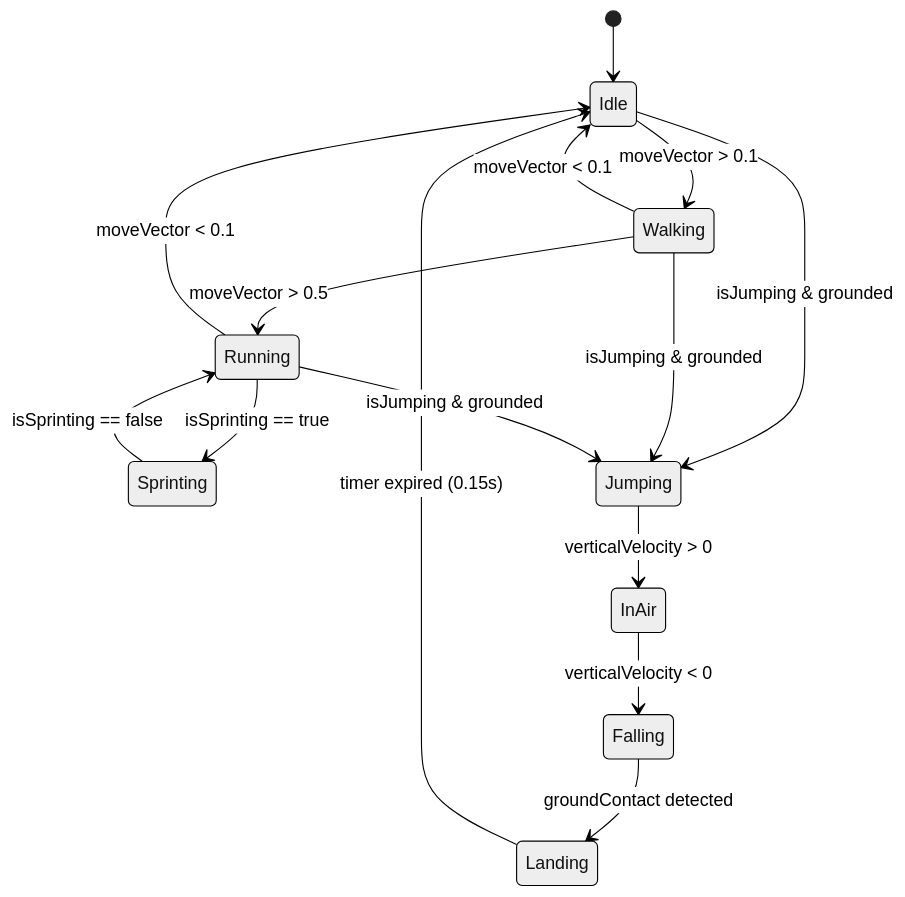
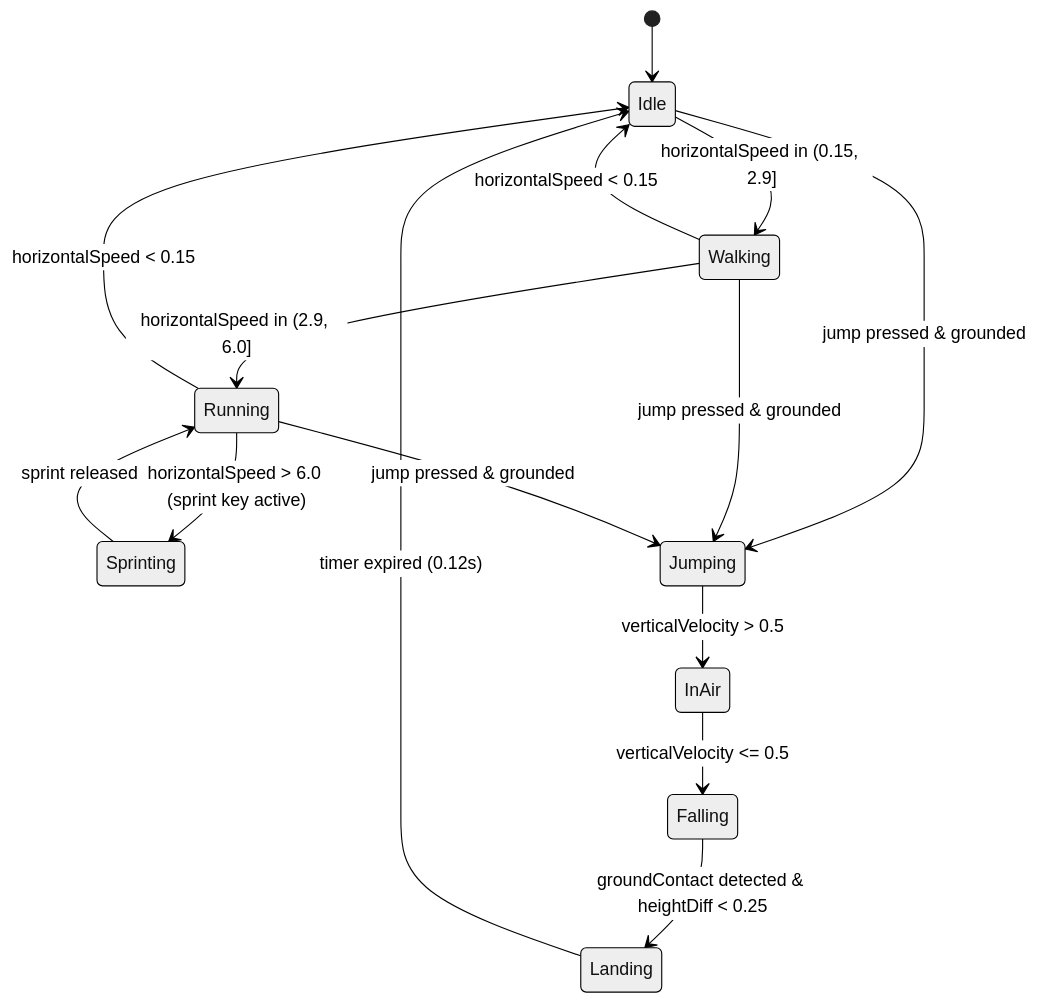
The first of 5 diagrams in docs/SYSTEM_DESIGN.md (chandanbag1999/vice-city), drawn with Mermaid (neutral theme) before and after one commit. The commit also changed other lines of this file and 28 other files, not shown here.

````diff
--- a/docs/SYSTEM_DESIGN.md
+++ b/docs/SYSTEM_DESIGN.md
@@ -21,19 +21,19 @@
 ```mermaid
 stateDiagram-v2
     [*] --> Idle
-    Idle --> Walking: moveVector > 0.1
-    Walking --> Running: moveVector > 0.5
-    Running --> Sprinting: isSprinting == true
-    Walking --> Idle: moveVector < 0.1
-    Running --> Idle: moveVector < 0.1
-    Sprinting --> Running: isSprinting == false
+    Idle --> Walking: horizontalSpeed in (0.15, 2.9]
+    Walking --> Running: horizontalSpeed in (2.9, 6.0]
+    Running --> Sprinting: horizontalSpeed > 6.0 (sprint key active)
+    Walking --> Idle: horizontalSpeed < 0.15
+    Running --> Idle: horizontalSpeed < 0.15
+    Sprinting --> Running: sprint released
     
-    Idle --> Jumping: isJumping & grounded
-    Walking --> Jumping: isJumping & grounded
-    Running --> Jumping: isJumping & grounded
+    Idle --> Jumping: jump pressed & grounded
+    Walking --> Jumping: jump pressed & grounded
+    Running --> Jumping: jump pressed & grounded
     
-    Jumping --> InAir: verticalVelocity > 0
-    InAir --> Falling: verticalVelocity < 0
-    Falling --> Landing: groundContact detected
-    Landing --> Idle: timer expired (0.15s)
+    Jumping --> InAir: verticalVelocity > 0.5
+    InAir --> Falling: verticalVelocity <= 0.5
+    Falling --> Landing: groundContact detected & heightDiff < 0.25
+    Landing --> Idle: timer expired (0.12s)
 ```
````
